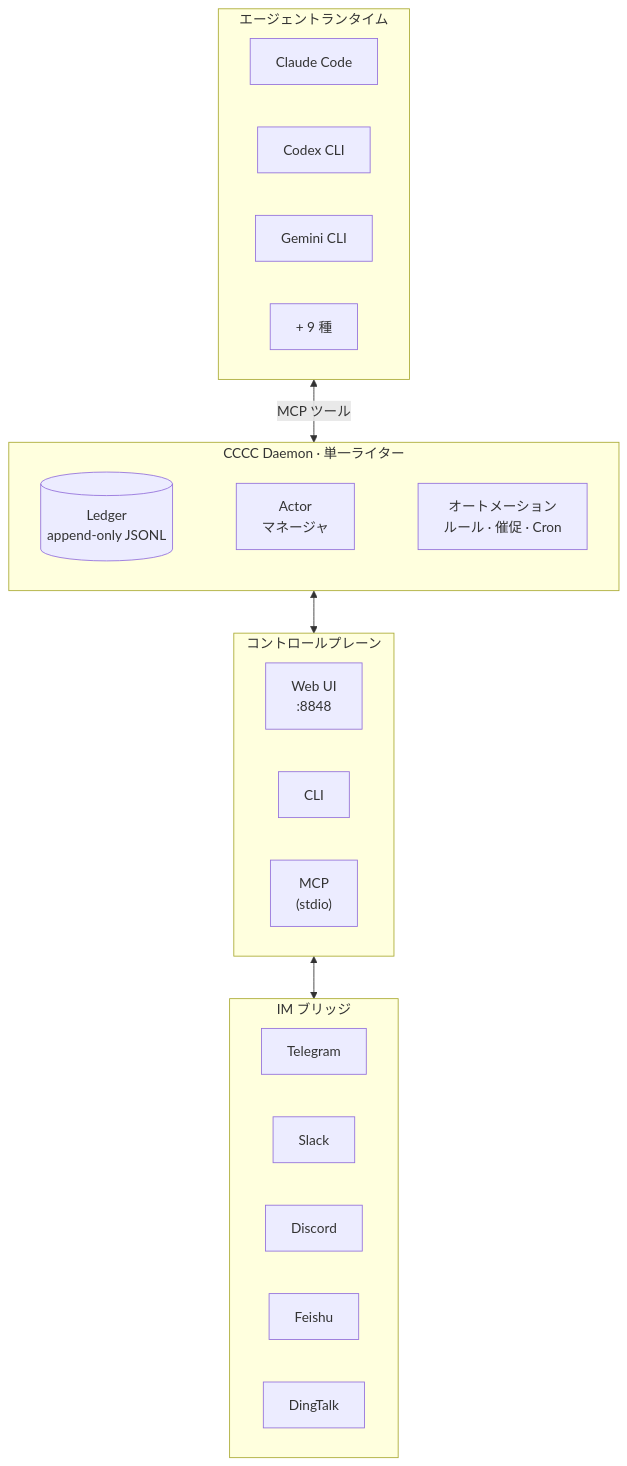
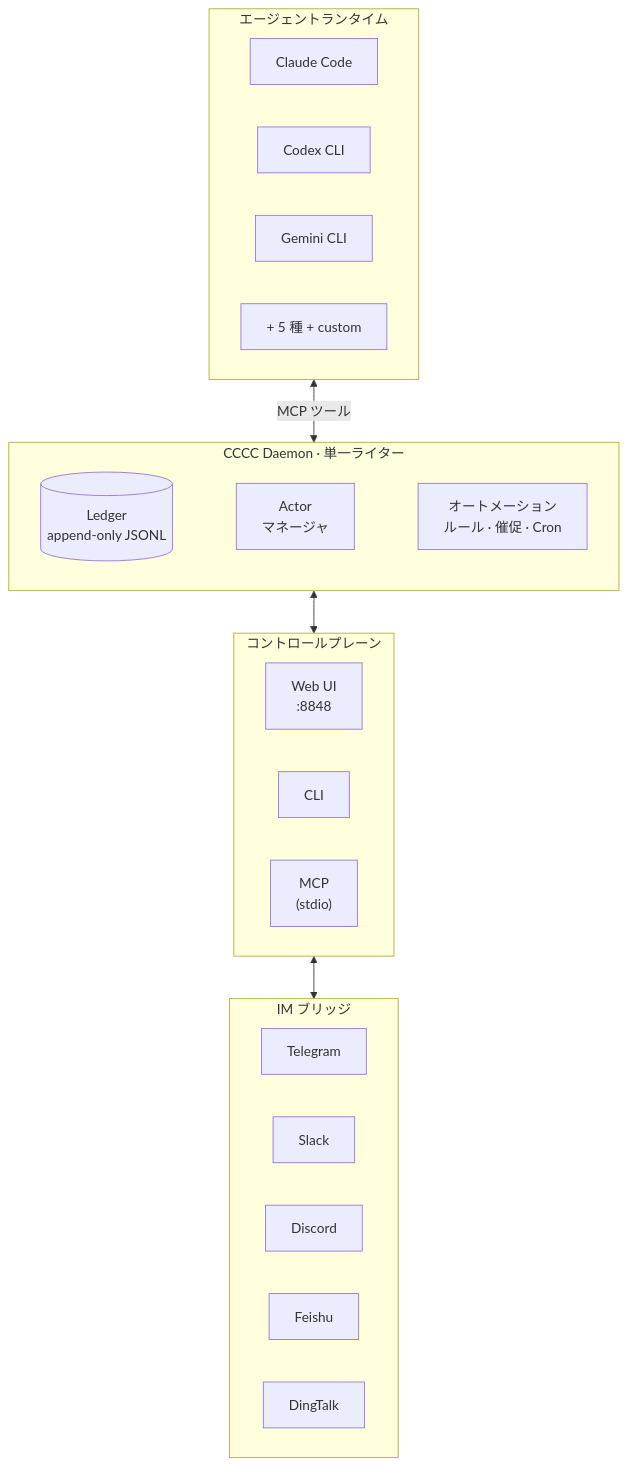
The diagram in README.ja.md (zixuniaowu/cccc), drawn with Mermaid before and after one commit. The commit also changed other lines of this file and 43 other files, not shown here.

Commit message:
refine context flows and prompt guidance surfaces

````diff
--- a/README.ja.md
+++ b/README.ja.md
@@ -123,39 +123,39 @@
 ```mermaid
 graph TB
     subgraph Agents["エージェントランタイム"]
         direction LR
         A1["Claude Code"]
         A2["Codex CLI"]
         A3["Gemini CLI"]
-        A4["+ 9 種"]
+        A4["+ 5 種 + custom"]
     end
 
     subgraph Daemon["CCCC Daemon · 単一ライター"]
         direction LR
         Ledger[("Ledger<br/>append-only JSONL")]
         ActorMgr["Actor<br/>マネージャ"]
         Auto["オートメーション<br/>ルール · 催促 · Cron"]
         Ledger ~~~ ActorMgr ~~~ Auto
     end
 
     subgraph Ports["コントロールプレーン"]
         direction LR
         Web["Web UI<br/>:8848"]
         CLI["CLI"]
         MCP["MCP<br/>(stdio)"]
     end
 
     subgraph IM["IM ブリッジ"]
         direction LR
         TG["Telegram"]
         SL["Slack"]
         DC["Discord"]
         FS["Feishu"]
         DT["DingTalk"]
     end
 
     Agents <-->|MCP ツール| Daemon
     Daemon <--> Ports
     Web <--> IM
 
 ```
````
